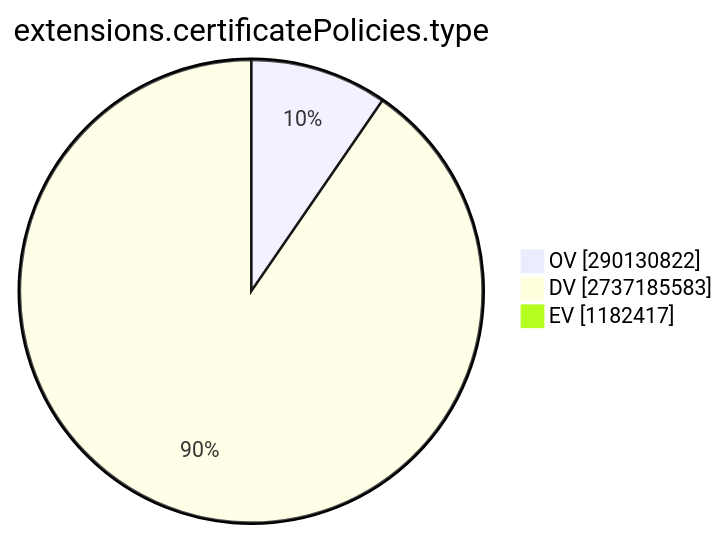
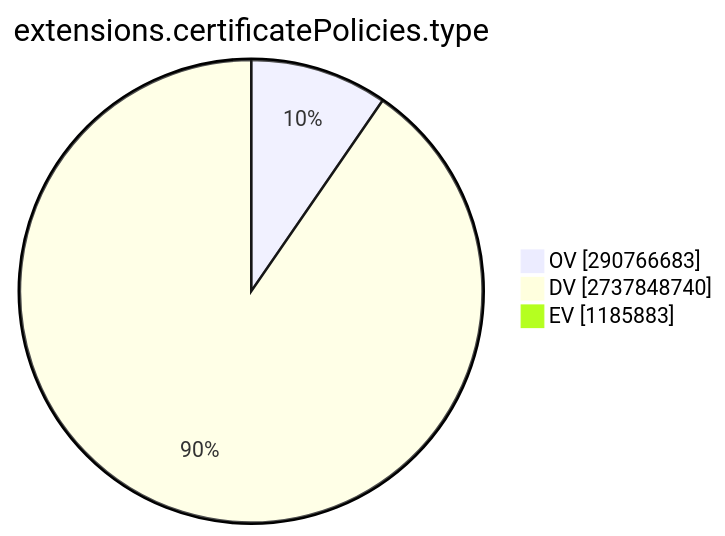
The ninth of 15 diagrams in TOTAL/README.md (christiankrug/ctmonitor_visualization), drawn with Mermaid before and after one commit. The commit also changed other lines of this file, not shown here.

````diff
--- a/TOTAL/README.md
+++ b/TOTAL/README.md
@@ -3093,7 +3093,7 @@
 ```mermaid
 pie showData
 title extensions.certificatePolicies.type
-"OV" :290130822
-"DV" :2737185583
-"EV" :1182417
+"OV" :290766683
+"DV" :2737848740
+"EV" :1185883
 ```
````
